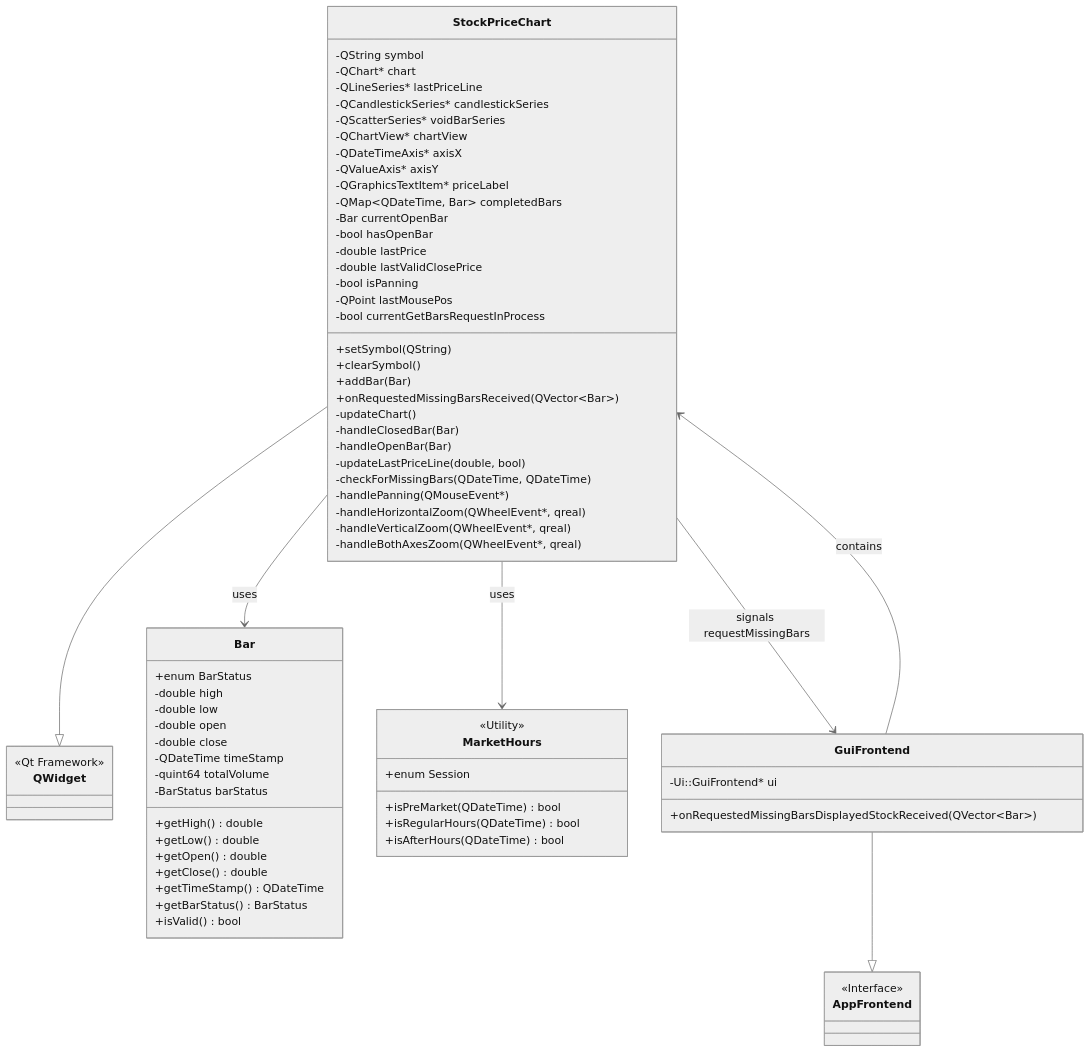
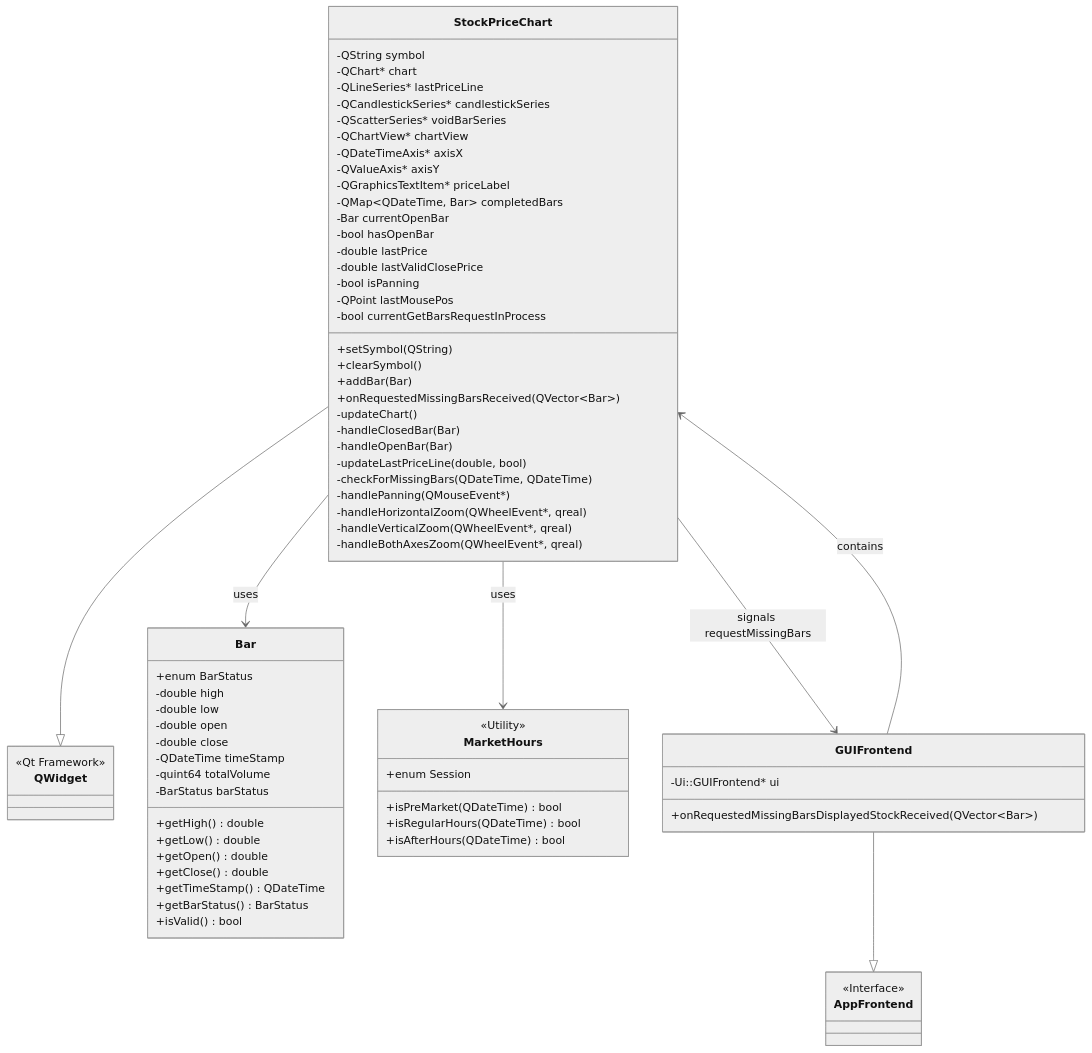
Before and after one commit to simonbeaudoin0935/OpenTraderPlatform: the first of 17 diagrams in Doc/StockPriceChart_Architecture.md, drawn with Mermaid (neutral theme). The commit also changed other lines of this file and 3 other files, not shown here.

````diff
--- a/Doc/StockPriceChart_Architecture.md
+++ b/Doc/StockPriceChart_Architecture.md
@@ -96,8 +96,8 @@
         +isAfterHours(QDateTime) bool
     }
     
-    class GuiFrontend {
-        -Ui::GuiFrontend* ui
+    class GUIFrontend {
+        -Ui::GUIFrontend* ui
         +onRequestedMissingBarsDisplayedStockReceived(QVector~Bar~)
     }
     
@@ -108,7 +108,7 @@
     StockPriceChart --|> QWidget
     StockPriceChart --> Bar : uses
     StockPriceChart --> MarketHours : uses
-    GuiFrontend --> StockPriceChart : contains
-    GuiFrontend --|> AppFrontend
-    StockPriceChart --> GuiFrontend : signals requestMissingBars
+    GUIFrontend --> StockPriceChart : contains
+    GUIFrontend --|> AppFrontend
+    StockPriceChart --> GUIFrontend : signals requestMissingBars
 ```
````
